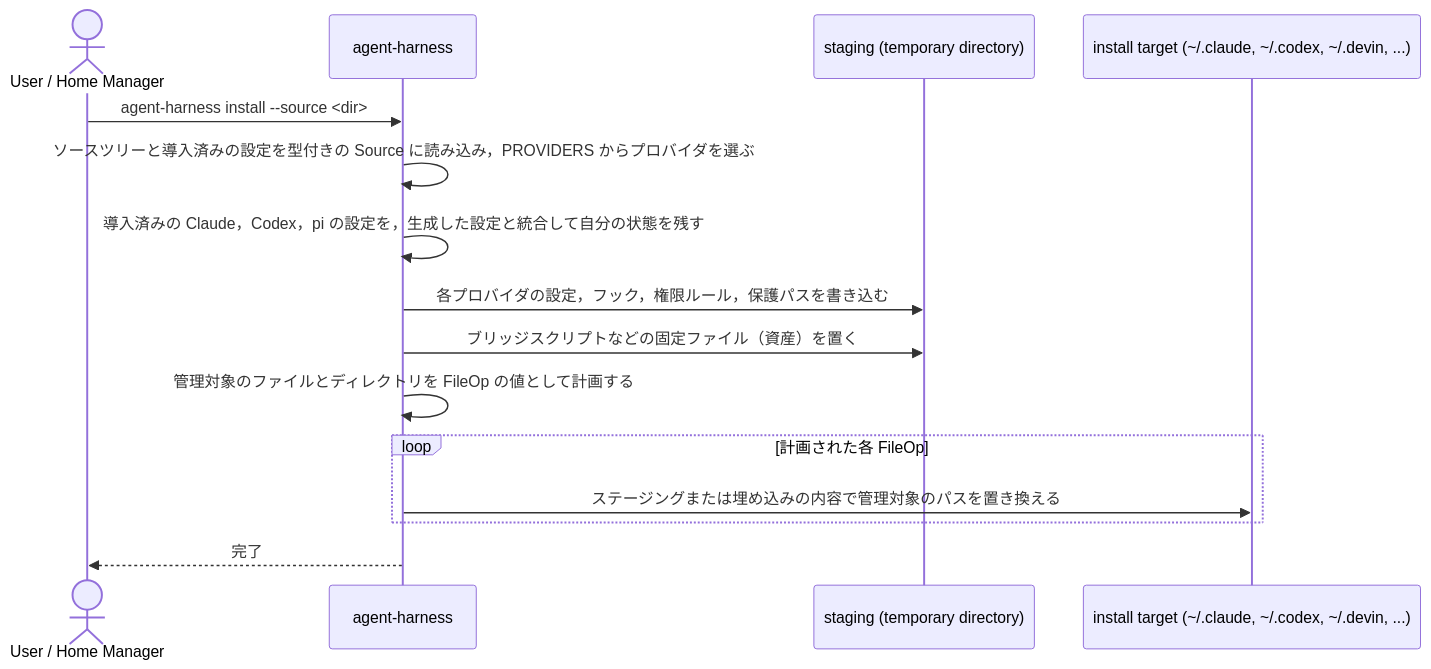
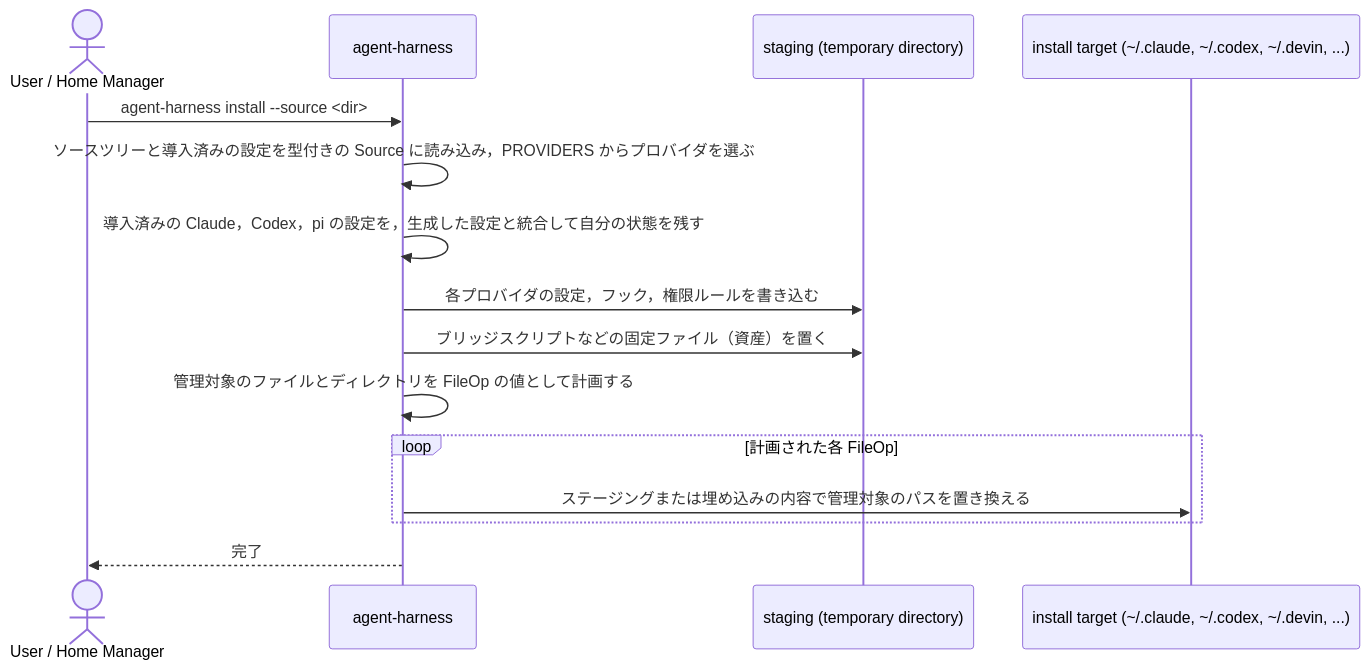
The second of 2 diagrams in docs/DESIGN_ja.md (furedea/agent-harness), drawn with Mermaid before and after one commit. The commit also changed other lines of this file and 36 other files, not shown here.

````diff
--- a/docs/DESIGN_ja.md
+++ b/docs/DESIGN_ja.md
@@ -125,17 +124,17 @@
 ```mermaid
 sequenceDiagram
   actor U as User / Home Manager
   participant A as agent-harness
   participant S as staging (temporary directory)
   participant H as install target (~/.claude, ~/.codex, ~/.devin, ...)
   U->>A: agent-harness install --source <dir>
   A->>A: ソースツリーと導入済みの設定を型付きの Source に読み込み，PROVIDERS からプロバイダを選ぶ
   A->>A: 導入済みの Claude，Codex，pi の設定を，生成した設定と統合して自分の状態を残す
-  A->>S: 各プロバイダの設定，フック，権限ルール，保護パスを書き込む
+  A->>S: 各プロバイダの設定，フック，権限ルールを書き込む
   A->>S: ブリッジスクリプトなどの固定ファイル（資産）を置く
   A->>A: 管理対象のファイルとディレクトリを FileOp の値として計画する
   loop 計画された各 FileOp
     A->>H: ステージングまたは埋め込みの内容で管理対象のパスを置き換える
   end
   A-->>U: 完了
 ```
````
